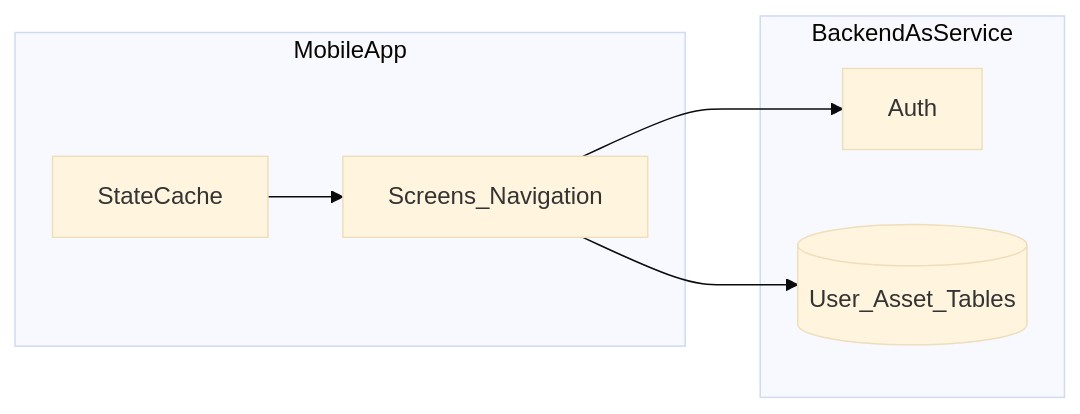
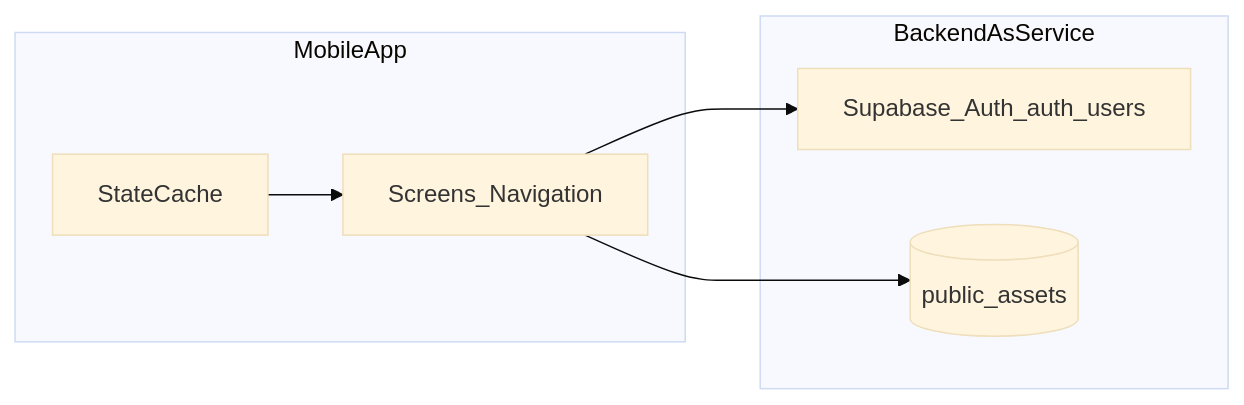
The diagram in tracking_eye/GELISTIRME_PLANI.md (yusufekerr/futureTalent_Apprepreneur), drawn with Mermaid (base theme) before and after one commit. The commit also changed other lines of this file and 15 other files, not shown here.

Commit message:
feat: implement Phase 7 - Market Data integration, portfolio trend chart (US-5), and price alerts

````diff
--- a/tracking_eye/GELISTIRME_PLANI.md
+++ b/tracking_eye/GELISTIRME_PLANI.md
@@ -24,14 +25,14 @@
 ```mermaid
 flowchart LR
   subgraph client [MobileApp]
     UI[Screens_Navigation]
     State[StateCache]
   end
   subgraph backend [BackendAsService]
-    Auth[Auth]
-    DB[(User_Asset_Tables)]
+    Auth[Supabase_Auth_auth_users]
+    DB[(public_assets)]
   end
   UI --> Auth
   UI --> DB
   State --> UI
 ```
````
